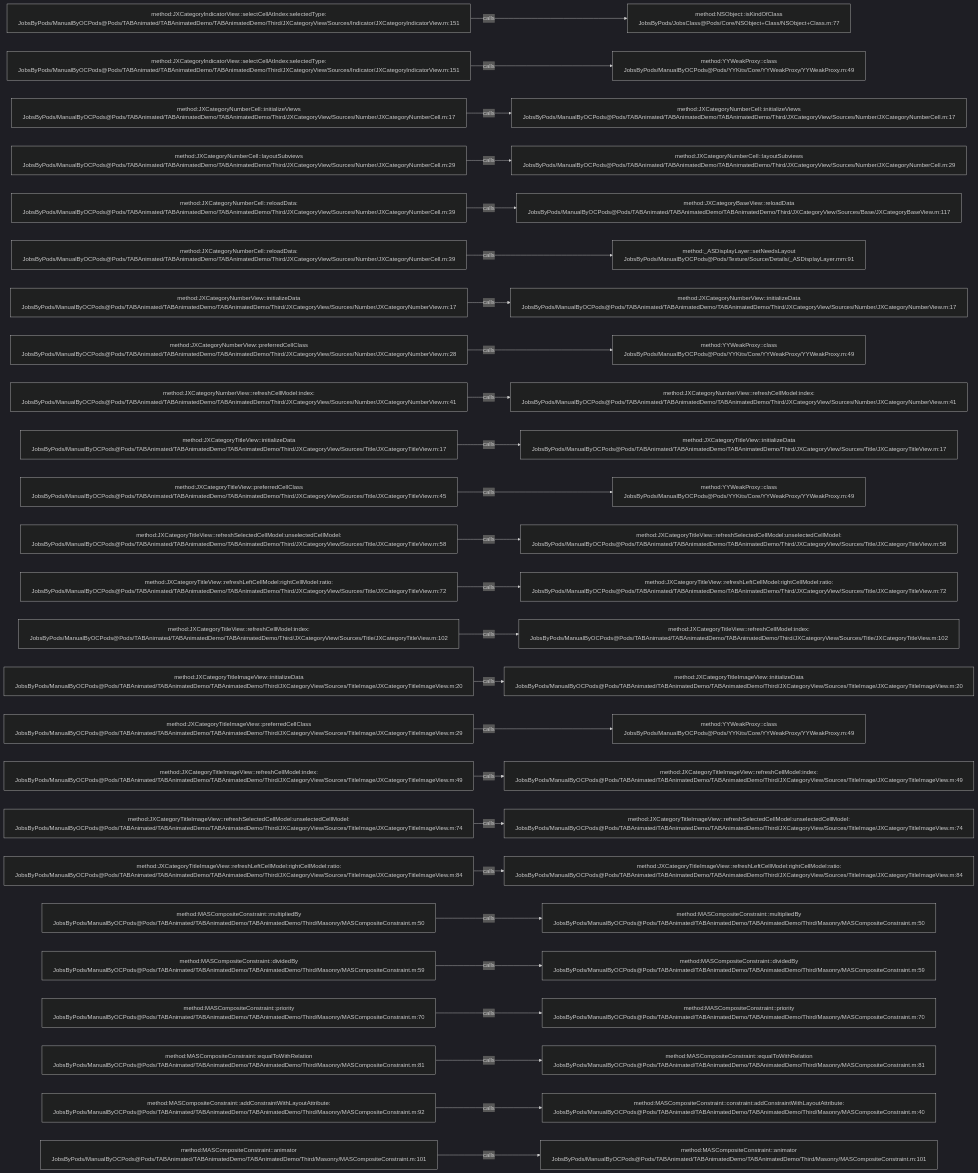
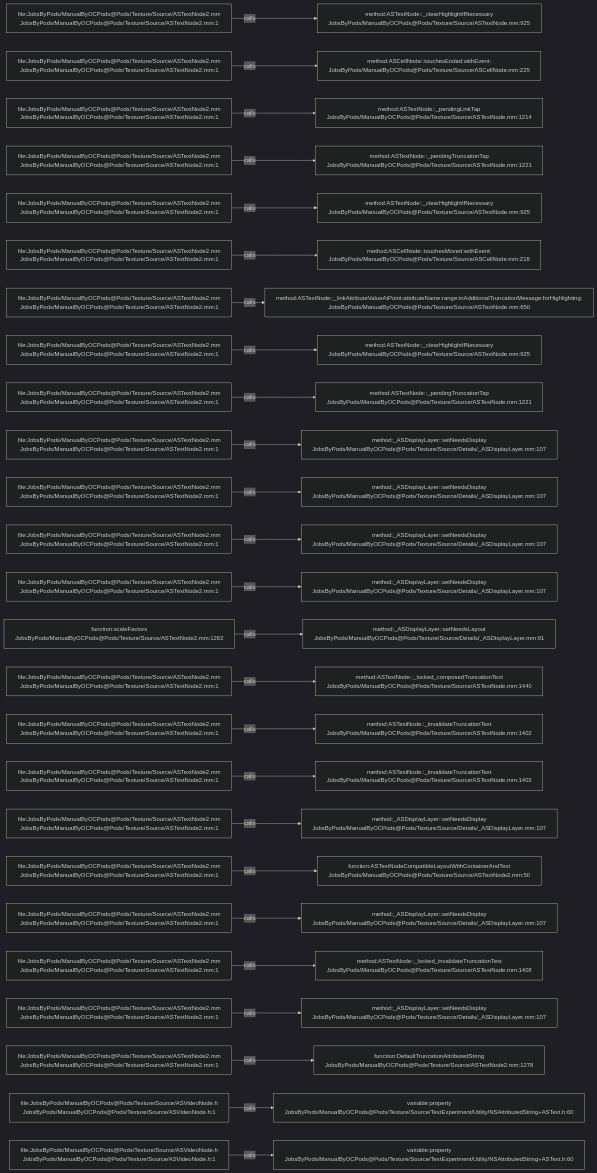
The diagram in .codegraph/codegraph.md/graphs/calls-149.md (JobsKits/JobsOCBaseConfigDemo), drawn with Mermaid (dark theme) before and after one commit. The commit also changed 2162 other files, not shown here.

````diff
--- a/.codegraph/codegraph.md/graphs/calls-149.md
+++ b/.codegraph/codegraph.md/graphs/calls-149.md
@@ -13,78 +13,78 @@
 ```mermaid
 flowchart LR
-  S1["method:JXCategoryIndicatorView::selectCellAtIndex:selectedType:<br/>JobsByPods/ManualByOCPods@Pods/TABAnimated/TABAnimatedDemo/TABAnimatedDemo/Third/JXCategoryView/Sources/Indicator/JXCategoryIndicatorView.m:151"]
-  T1["method:NSObject::isKindOfClass<br/>JobsByPods/JobsClass@Pods/Core/NSObject+Class/NSObject+Class.m:77"]
+  S1["file:JobsByPods/ManualByOCPods@Pods/Texture/Source/ASTextNode2.mm<br/>JobsByPods/ManualByOCPods@Pods/Texture/Source/ASTextNode2.mm:1"]
+  T1["method:ASTextNode::_clearHighlightIfNecessary<br/>JobsByPods/ManualByOCPods@Pods/Texture/Source/ASTextNode.mm:925"]
   S1 -->|calls| T1
-  S2["method:JXCategoryIndicatorView::selectCellAtIndex:selectedType:<br/>JobsByPods/ManualByOCPods@Pods/TABAnimated/TABAnimatedDemo/TABAnimatedDemo/Third/JXCategoryView/Sources/Indicator/JXCategoryIndicatorView.m:151"]
-  T2["method:YYWeakProxy::class<br/>JobsByPods/ManualByOCPods@Pods/YYKits/Core/YYWeakProxy/YYWeakProxy.m:49"]
+  S2["file:JobsByPods/ManualByOCPods@Pods/Texture/Source/ASTextNode2.mm<br/>JobsByPods/ManualByOCPods@Pods/Texture/Source/ASTextNode2.mm:1"]
+  T2["method:ASCellNode::touchesEnded:withEvent:<br/>JobsByPods/ManualByOCPods@Pods/Texture/Source/ASCellNode.mm:225"]
   S2 -->|calls| T2
-  S3["method:JXCategoryNumberCell::initializeViews<br/>JobsByPods/ManualByOCPods@Pods/TABAnimated/TABAnimatedDemo/TABAnimatedDemo/Third/JXCategoryView/Sources/Number/JXCategoryNumberCell.m:17"]
-  T3["method:JXCategoryNumberCell::initializeViews<br/>JobsByPods/ManualByOCPods@Pods/TABAnimated/TABAnimatedDemo/TABAnimatedDemo/Third/JXCategoryView/Sources/Number/JXCategoryNumberCell.m:17"]
+  S3["file:JobsByPods/ManualByOCPods@Pods/Texture/Source/ASTextNode2.mm<br/>JobsByPods/ManualByOCPods@Pods/Texture/Source/ASTextNode2.mm:1"]
+  T3["method:ASTextNode::_pendingLinkTap<br/>JobsByPods/ManualByOCPods@Pods/Texture/Source/ASTextNode.mm:1214"]
   S3 -->|calls| T3
-  S4["method:JXCategoryNumberCell::layoutSubviews<br/>JobsByPods/ManualByOCPods@Pods/TABAnimated/TABAnimatedDemo/TABAnimatedDemo/Third/JXCategoryView/Sources/Number/JXCategoryNumberCell.m:29"]
-  T4["method:JXCategoryNumberCell::layoutSubviews<br/>JobsByPods/ManualByOCPods@Pods/TABAnimated/TABAnimatedDemo/TABAnimatedDemo/Third/JXCategoryView/Sources/Number/JXCategoryNumberCell.m:29"]
+  S4["file:JobsByPods/ManualByOCPods@Pods/Texture/Source/ASTextNode2.mm<br/>JobsByPods/ManualByOCPods@Pods/Texture/Source/ASTextNode2.mm:1"]
+  T4["method:ASTextNode::_pendingTruncationTap<br/>JobsByPods/ManualByOCPods@Pods/Texture/Source/ASTextNode.mm:1221"]
   S4 -->|calls| T4
-  S5["method:JXCategoryNumberCell::reloadData:<br/>JobsByPods/ManualByOCPods@Pods/TABAnimated/TABAnimatedDemo/TABAnimatedDemo/Third/JXCategoryView/Sources/Number/JXCategoryNumberCell.m:39"]
-  T5["method:JXCategoryBaseView::reloadData<br/>JobsByPods/ManualByOCPods@Pods/TABAnimated/TABAnimatedDemo/TABAnimatedDemo/Third/JXCategoryView/Sources/Base/JXCategoryBaseView.m:117"]
+  S5["file:JobsByPods/ManualByOCPods@Pods/Texture/Source/ASTextNode2.mm<br/>JobsByPods/ManualByOCPods@Pods/Texture/Source/ASTextNode2.mm:1"]
+  T5["method:ASTextNode::_clearHighlightIfNecessary<br/>JobsByPods/ManualByOCPods@Pods/Texture/Source/ASTextNode.mm:925"]
   S5 -->|calls| T5
-  S6["method:JXCategoryNumberCell::reloadData:<br/>JobsByPods/ManualByOCPods@Pods/TABAnimated/TABAnimatedDemo/TABAnimatedDemo/Third/JXCategoryView/Sources/Number/JXCategoryNumberCell.m:39"]
-  T6["method:_ASDisplayLayer::setNeedsLayout<br/>JobsByPods/ManualByOCPods@Pods/Texture/Source/Details/_ASDisplayLayer.mm:91"]
+  S6["file:JobsByPods/ManualByOCPods@Pods/Texture/Source/ASTextNode2.mm<br/>JobsByPods/ManualByOCPods@Pods/Texture/Source/ASTextNode2.mm:1"]
+  T6["method:ASCellNode::touchesMoved:withEvent:<br/>JobsByPods/ManualByOCPods@Pods/Texture/Source/ASCellNode.mm:218"]
   S6 -->|calls| T6
-  S7["method:JXCategoryNumberView::initializeData<br/>JobsByPods/ManualByOCPods@Pods/TABAnimated/TABAnimatedDemo/TABAnimatedDemo/Third/JXCategoryView/Sources/Number/JXCategoryNumberView.m:17"]
-  T7["method:JXCategoryNumberView::initializeData<br/>JobsByPods/ManualByOCPods@Pods/TABAnimated/TABAnimatedDemo/TABAnimatedDemo/Third/JXCategoryView/Sources/Number/JXCategoryNumberView.m:17"]
+  S7["file:JobsByPods/ManualByOCPods@Pods/Texture/Source/ASTextNode2.mm<br/>JobsByPods/ManualByOCPods@Pods/Texture/Source/ASTextNode2.mm:1"]
+  T7["method:ASTextNode::_linkAttributeValueAtPoint:attributeName:range:inAdditionalTruncationMessage:forHighlighting:<br/>JobsByPods/ManualByOCPods@Pods/Texture/Source/ASTextNode.mm:650"]
   S7 -->|calls| T7
-  S8["method:JXCategoryNumberView::preferredCellClass<br/>JobsByPods/ManualByOCPods@Pods/TABAnimated/TABAnimatedDemo/TABAnimatedDemo/Third/JXCategoryView/Sources/Number/JXCategoryNumberView.m:28"]
-  T8["method:YYWeakProxy::class<br/>JobsByPods/ManualByOCPods@Pods/YYKits/Core/YYWeakProxy/YYWeakProxy.m:49"]
+  S8["file:JobsByPods/ManualByOCPods@Pods/Texture/Source/ASTextNode2.mm<br/>JobsByPods/ManualByOCPods@Pods/Texture/Source/ASTextNode2.mm:1"]
+  T8["method:ASTextNode::_clearHighlightIfNecessary<br/>JobsByPods/ManualByOCPods@Pods/Texture/Source/ASTextNode.mm:925"]
   S8 -->|calls| T8
-  S9["method:JXCategoryNumberView::refreshCellModel:index:<br/>JobsByPods/ManualByOCPods@Pods/TABAnimated/TABAnimatedDemo/TABAnimatedDemo/Third/JXCategoryView/Sources/Number/JXCategoryNumberView.m:41"]
-  T9["method:JXCategoryNumberView::refreshCellModel:index:<br/>JobsByPods/ManualByOCPods@Pods/TABAnimated/TABAnimatedDemo/TABAnimatedDemo/Third/JXCategoryView/Sources/Number/JXCategoryNumberView.m:41"]
+  S9["file:JobsByPods/ManualByOCPods@Pods/Texture/Source/ASTextNode2.mm<br/>JobsByPods/ManualByOCPods@Pods/Texture/Source/ASTextNode2.mm:1"]
+  T9["method:ASTextNode::_pendingTruncationTap<br/>JobsByPods/ManualByOCPods@Pods/Texture/Source/ASTextNode.mm:1221"]
   S9 -->|calls| T9
-  S10["method:JXCategoryTitleView::initializeData<br/>JobsByPods/ManualByOCPods@Pods/TABAnimated/TABAnimatedDemo/TABAnimatedDemo/Third/JXCategoryView/Sources/Title/JXCategoryTitleView.m:17"]
-  T10["method:JXCategoryTitleView::initializeData<br/>JobsByPods/ManualByOCPods@Pods/TABAnimated/TABAnimatedDemo/TABAnimatedDemo/Third/JXCategoryView/Sources/Title/JXCategoryTitleView.m:17"]
+  S10["file:JobsByPods/ManualByOCPods@Pods/Texture/Source/ASTextNode2.mm<br/>JobsByPods/ManualByOCPods@Pods/Texture/Source/ASTextNode2.mm:1"]
+  T10["method:_ASDisplayLayer::setNeedsDisplay<br/>JobsByPods/ManualByOCPods@Pods/Texture/Source/Details/_ASDisplayLayer.mm:107"]
   S10 -->|calls| T10
-  S11["method:JXCategoryTitleView::preferredCellClass<br/>JobsByPods/ManualByOCPods@Pods/TABAnimated/TABAnimatedDemo/TABAnimatedDemo/Third/JXCategoryView/Sources/Title/JXCategoryTitleView.m:45"]
-  T11["method:YYWeakProxy::class<br/>JobsByPods/ManualByOCPods@Pods/YYKits/Core/YYWeakProxy/YYWeakProxy.m:49"]
+  S11["file:JobsByPods/ManualByOCPods@Pods/Texture/Source/ASTextNode2.mm<br/>JobsByPods/ManualByOCPods@Pods/Texture/Source/ASTextNode2.mm:1"]
+  T11["method:_ASDisplayLayer::setNeedsDisplay<br/>JobsByPods/ManualByOCPods@Pods/Texture/Source/Details/_ASDisplayLayer.mm:107"]
   S11 -->|calls| T11
-  S12["method:JXCategoryTitleView::refreshSelectedCellModel:unselectedCellModel:<br/>JobsByPods/ManualByOCPods@Pods/TABAnimated/TABAnimatedDemo/TABAnimatedDemo/Third/JXCategoryView/Sources/Title/JXCategoryTitleView.m:58"]
-  T12["method:JXCategoryTitleView::refreshSelectedCellModel:unselectedCellModel:<br/>JobsByPods/ManualByOCPods@Pods/TABAnimated/TABAnimatedDemo/TABAnimatedDemo/Third/JXCategoryView/Sources/Title/JXCategoryTitleView.m:58"]
+  S12["file:JobsByPods/ManualByOCPods@Pods/Texture/Source/ASTextNode2.mm<br/>JobsByPods/ManualByOCPods@Pods/Texture/Source/ASTextNode2.mm:1"]
+  T12["method:_ASDisplayLayer::setNeedsDisplay<br/>JobsByPods/ManualByOCPods@Pods/Texture/Source/Details/_ASDisplayLayer.mm:107"]
   S12 -->|calls| T12
-  S13["method:JXCategoryTitleView::refreshLeftCellModel:rightCellModel:ratio:<br/>JobsByPods/ManualByOCPods@Pods/TABAnimated/TABAnimatedDemo/TABAnimatedDemo/Third/JXCategoryView/Sources/Title/JXCategoryTitleView.m:72"]
-  T13["method:JXCategoryTitleView::refreshLeftCellModel:rightCellModel:ratio:<br/>JobsByPods/ManualByOCPods@Pods/TABAnimated/TABAnimatedDemo/TABAnimatedDemo/Third/JXCategoryView/Sources/Title/JXCategoryTitleView.m:72"]
+  S13["file:JobsByPods/ManualByOCPods@Pods/Texture/Source/ASTextNode2.mm<br/>JobsByPods/ManualByOCPods@Pods/Texture/Source/ASTextNode2.mm:1"]
+  T13["method:_ASDisplayLayer::setNeedsDisplay<br/>JobsByPods/ManualByOCPods@Pods/Texture/Source/Details/_ASDisplayLayer.mm:107"]
   S13 -->|calls| T13
-  S14["method:JXCategoryTitleView::refreshCellModel:index:<br/>JobsByPods/ManualByOCPods@Pods/TABAnimated/TABAnimatedDemo/TABAnimatedDemo/Third/JXCategoryView/Sources/Title/JXCategoryTitleView.m:102"]
-  T14["method:JXCategoryTitleView::refreshCellModel:index:<br/>JobsByPods/ManualByOCPods@Pods/TABAnimated/TABAnimatedDemo/TABAnimatedDemo/Third/JXCategoryView/Sources/Title/JXCategoryTitleView.m:102"]
+  S14["function:scaleFactors<br/>JobsByPods/ManualByOCPods@Pods/Texture/Source/ASTextNode2.mm:1262"]
+  T14["method:_ASDisplayLayer::setNeedsLayout<br/>JobsByPods/ManualByOCPods@Pods/Texture/Source/Details/_ASDisplayLayer.mm:91"]
   S14 -->|calls| T14
-  S15["method:JXCategoryTitleImageView::initializeData<br/>JobsByPods/ManualByOCPods@Pods/TABAnimated/TABAnimatedDemo/TABAnimatedDemo/Third/JXCategoryView/Sources/TitleImage/JXCategoryTitleImageView.m:20"]
-  T15["method:JXCategoryTitleImageView::initializeData<br/>JobsByPods/ManualByOCPods@Pods/TABAnimated/TABAnimatedDemo/TABAnimatedDemo/Third/JXCategoryView/Sources/TitleImage/JXCategoryTitleImageView.m:20"]
+  S15["file:JobsByPods/ManualByOCPods@Pods/Texture/Source/ASTextNode2.mm<br/>JobsByPods/ManualByOCPods@Pods/Texture/Source/ASTextNode2.mm:1"]
+  T15["method:ASTextNode::_locked_composedTruncationText<br/>JobsByPods/ManualByOCPods@Pods/Texture/Source/ASTextNode.mm:1440"]
   S15 -->|calls| T15
-  S16["method:JXCategoryTitleImageView::preferredCellClass<br/>JobsByPods/ManualByOCPods@Pods/TABAnimated/TABAnimatedDemo/TABAnimatedDemo/Third/JXCategoryView/Sources/TitleImage/JXCategoryTitleImageView.m:29"]
-  T16["method:YYWeakProxy::class<br/>JobsByPods/ManualByOCPods@Pods/YYKits/Core/YYWeakProxy/YYWeakProxy.m:49"]
+  S16["file:JobsByPods/ManualByOCPods@Pods/Texture/Source/ASTextNode2.mm<br/>JobsByPods/ManualByOCPods@Pods/Texture/Source/ASTextNode2.mm:1"]
+  T16["method:ASTextNode::_invalidateTruncationText<br/>JobsByPods/ManualByOCPods@Pods/Texture/Source/ASTextNode.mm:1402"]
   S16 -->|calls| T16
-  S17["method:JXCategoryTitleImageView::refreshCellModel:index:<br/>JobsByPods/ManualByOCPods@Pods/TABAnimated/TABAnimatedDemo/TABAnimatedDemo/Third/JXCategoryView/Sources/TitleImage/JXCategoryTitleImageView.m:49"]
-  T17["method:JXCategoryTitleImageView::refreshCellModel:index:<br/>JobsByPods/ManualByOCPods@Pods/TABAnimated/TABAnimatedDemo/TABAnimatedDemo/Third/JXCategoryView/Sources/TitleImage/JXCategoryTitleImageView.m:49"]
+  S17["file:JobsByPods/ManualByOCPods@Pods/Texture/Source/ASTextNode2.mm<br/>JobsByPods/ManualByOCPods@Pods/Texture/Source/ASTextNode2.mm:1"]
+  T17["method:ASTextNode::_invalidateTruncationText<br/>JobsByPods/ManualByOCPods@Pods/Texture/Source/ASTextNode.mm:1402"]
   S17 -->|calls| T17
-  S18["method:JXCategoryTitleImageView::refreshSelectedCellModel:unselectedCellModel:<br/>JobsByPods/ManualByOCPods@Pods/TABAnimated/TABAnimatedDemo/TABAnimatedDemo/Third/JXCategoryView/Sources/TitleImage/JXCategoryTitleImageView.m:74"]
-  T18["method:JXCategoryTitleImageView::refreshSelectedCellModel:unselectedCellModel:<br/>JobsByPods/ManualByOCPods@Pods/TABAnimated/TABAnimatedDemo/TABAnimatedDemo/Third/JXCategoryView/Sources/TitleImage/JXCategoryTitleImageView.m:74"]
+  S18["file:JobsByPods/ManualByOCPods@Pods/Texture/Source/ASTextNode2.mm<br/>JobsByPods/ManualByOCPods@Pods/Texture/Source/ASTextNode2.mm:1"]
+  T18["method:_ASDisplayLayer::setNeedsDisplay<br/>JobsByPods/ManualByOCPods@Pods/Texture/Source/Details/_ASDisplayLayer.mm:107"]
   S18 -->|calls| T18
-  S19["method:JXCategoryTitleImageView::refreshLeftCellModel:rightCellModel:ratio:<br/>JobsByPods/ManualByOCPods@Pods/TABAnimated/TABAnimatedDemo/TABAnimatedDemo/Third/JXCategoryView/Sources/TitleImage/JXCategoryTitleImageView.m:84"]
-  T19["method:JXCategoryTitleImageView::refreshLeftCellModel:rightCellModel:ratio:<br/>JobsByPods/ManualByOCPods@Pods/TABAnimated/TABAnimatedDemo/TABAnimatedDemo/Third/JXCategoryView/Sources/TitleImage/JXCategoryTitleImageView.m:84"]
+  S19["file:JobsByPods/ManualByOCPods@Pods/Texture/Source/ASTextNode2.mm<br/>JobsByPods/ManualByOCPods@Pods/Texture/Source/ASTextNode2.mm:1"]
+  T19["function:ASTextNodeCompatibleLayoutWithContainerAndText<br/>JobsByPods/ManualByOCPods@Pods/Texture/Source/ASTextNode2.mm:50"]
   S19 -->|calls| T19
-  S20["method:MASCompositeConstraint::multipliedBy<br/>JobsByPods/ManualByOCPods@Pods/TABAnimated/TABAnimatedDemo/TABAnimatedDemo/Third/Masonry/MASCompositeConstraint.m:50"]
-  T20["method:MASCompositeConstraint::multipliedBy<br/>JobsByPods/ManualByOCPods@Pods/TABAnimated/TABAnimatedDemo/TABAnimatedDemo/Third/Masonry/MASCompositeConstraint.m:50"]
+  S20["file:JobsByPods/ManualByOCPods@Pods/Texture/Source/ASTextNode2.mm<br/>JobsByPods/ManualByOCPods@Pods/Texture/Source/ASTextNode2.mm:1"]
+  T20["method:_ASDisplayLayer::setNeedsDisplay<br/>JobsByPods/ManualByOCPods@Pods/Texture/Source/Details/_ASDisplayLayer.mm:107"]
   S20 -->|calls| T20
-  S21["method:MASCompositeConstraint::dividedBy<br/>JobsByPods/ManualByOCPods@Pods/TABAnimated/TABAnimatedDemo/TABAnimatedDemo/Third/Masonry/MASCompositeConstraint.m:59"]
-  T21["method:MASCompositeConstraint::dividedBy<br/>JobsByPods/ManualByOCPods@Pods/TABAnimated/TABAnimatedDemo/TABAnimatedDemo/Third/Masonry/MASCompositeConstraint.m:59"]
+  S21["file:JobsByPods/ManualByOCPods@Pods/Texture/Source/ASTextNode2.mm<br/>JobsByPods/ManualByOCPods@Pods/Texture/Source/ASTextNode2.mm:1"]
+  T21["method:ASTextNode::_locked_invalidateTruncationText<br/>JobsByPods/ManualByOCPods@Pods/Texture/Source/ASTextNode.mm:1408"]
   S21 -->|calls| T21
-  S22["method:MASCompositeConstraint::priority<br/>JobsByPods/ManualByOCPods@Pods/TABAnimated/TABAnimatedDemo/TABAnimatedDemo/Third/Masonry/MASCompositeConstraint.m:70"]
-  T22["method:MASCompositeConstraint::priority<br/>JobsByPods/ManualByOCPods@Pods/TABAnimated/TABAnimatedDemo/TABAnimatedDemo/Third/Masonry/MASCompositeConstraint.m:70"]
+  S22["file:JobsByPods/ManualByOCPods@Pods/Texture/Source/ASTextNode2.mm<br/>JobsByPods/ManualByOCPods@Pods/Texture/Source/ASTextNode2.mm:1"]
+  T22["method:_ASDisplayLayer::setNeedsDisplay<br/>JobsByPods/ManualByOCPods@Pods/Texture/Source/Details/_ASDisplayLayer.mm:107"]
   S22 -->|calls| T22
-  S23["method:MASCompositeConstraint::equalToWithRelation<br/>JobsByPods/ManualByOCPods@Pods/TABAnimated/TABAnimatedDemo/TABAnimatedDemo/Third/Masonry/MASCompositeConstraint.m:81"]
-  T23["method:MASCompositeConstraint::equalToWithRelation<br/>JobsByPods/ManualByOCPods@Pods/TABAnimated/TABAnimatedDemo/TABAnimatedDemo/Third/Masonry/MASCompositeConstraint.m:81"]
+  S23["file:JobsByPods/ManualByOCPods@Pods/Texture/Source/ASTextNode2.mm<br/>JobsByPods/ManualByOCPods@Pods/Texture/Source/ASTextNode2.mm:1"]
+  T23["function:DefaultTruncationAttributedString<br/>JobsByPods/ManualByOCPods@Pods/Texture/Source/ASTextNode2.mm:1278"]
   S23 -->|calls| T23
-  S24["method:MASCompositeConstraint::addConstraintWithLayoutAttribute:<br/>JobsByPods/ManualByOCPods@Pods/TABAnimated/TABAnimatedDemo/TABAnimatedDemo/Third/Masonry/MASCompositeConstraint.m:92"]
-  T24["method:MASCompositeConstraint::constraint:addConstraintWithLayoutAttribute:<br/>JobsByPods/ManualByOCPods@Pods/TABAnimated/TABAnimatedDemo/TABAnimatedDemo/Third/Masonry/MASCompositeConstraint.m:40"]
+  S24["file:JobsByPods/ManualByOCPods@Pods/Texture/Source/ASVideoNode.h<br/>JobsByPods/ManualByOCPods@Pods/Texture/Source/ASVideoNode.h:1"]
+  T24["variable:property<br/>JobsByPods/ManualByOCPods@Pods/Texture/Source/TextExperiment/Utility/NSAttributedString+ASText.h:60"]
   S24 -->|calls| T24
-  S25["method:MASCompositeConstraint::animator<br/>JobsByPods/ManualByOCPods@Pods/TABAnimated/TABAnimatedDemo/TABAnimatedDemo/Third/Masonry/MASCompositeConstraint.m:101"]
-  T25["method:MASCompositeConstraint::animator<br/>JobsByPods/ManualByOCPods@Pods/TABAnimated/TABAnimatedDemo/TABAnimatedDemo/Third/Masonry/MASCompositeConstraint.m:101"]
+  S25["file:JobsByPods/ManualByOCPods@Pods/Texture/Source/ASVideoNode.h<br/>JobsByPods/ManualByOCPods@Pods/Texture/Source/ASVideoNode.h:1"]
+  T25["variable:property<br/>JobsByPods/ManualByOCPods@Pods/Texture/Source/TextExperiment/Utility/NSAttributedString+ASText.h:60"]
   S25 -->|calls| T25
 ```
````
